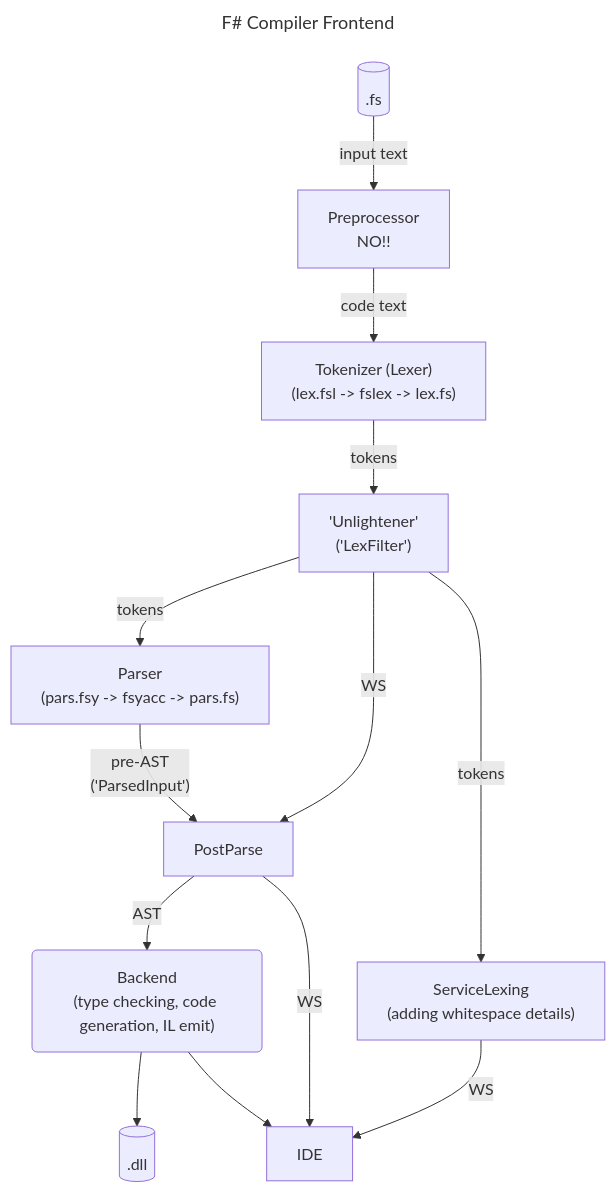
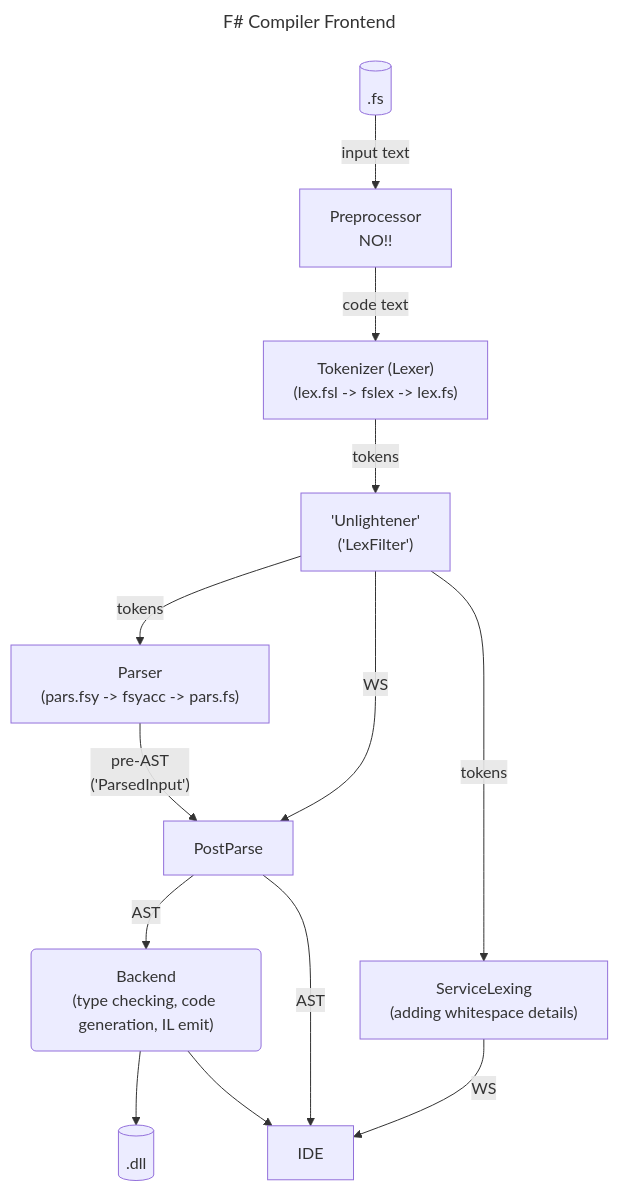
One commit to Martin521/Review18049 changed the diagram in CompilerFlowChart.md. Above: the diagram before and after it, drawn with Mermaid.

````diff
--- a/CompilerFlowChart.md
+++ b/CompilerFlowChart.md
@@ -1,33 +1,33 @@
 ```mermaid
 ---
 title: F# Compiler Frontend
 ---
 graph TB
   A[(.fs)]
     -- input text --> 
   Pre["`Preprocessor
     NO!!`"]
     -- code text -->
   T["`Tokenizer (Lexer)
     (lex.fsl -> fslex -> lex.fs)`"]
     -- tokens -->
   U["`'Unlightener'
     ('LexFilter')`"]
     -- tokens -->
   P["`Parser
     (pars.fsy -> fsyacc -> pars.fs)`"]
     -- "`pre-AST
     ('ParsedInput')`" -->
   PostParse -- AST -->
   B("`Backend
     (type checking, code generation, IL emit)`")
     --> E[(.dll)]
   U -- WS --> PostParse
   U -- tokens -->
   S["`ServiceLexing
     (adding whitespace details)`"]
     -- WS -->
   IDE
   B --> IDE
-  PostParse -- WS --> IDE
+  PostParse -- AST --> IDE
 ```
````
